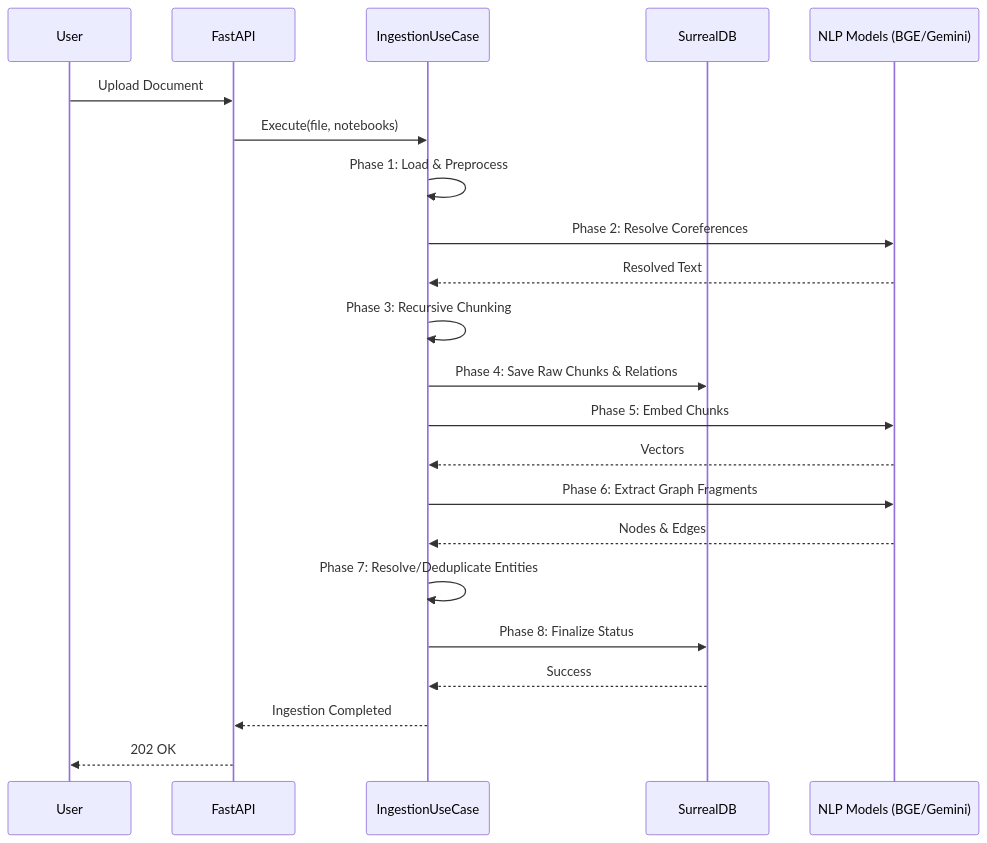
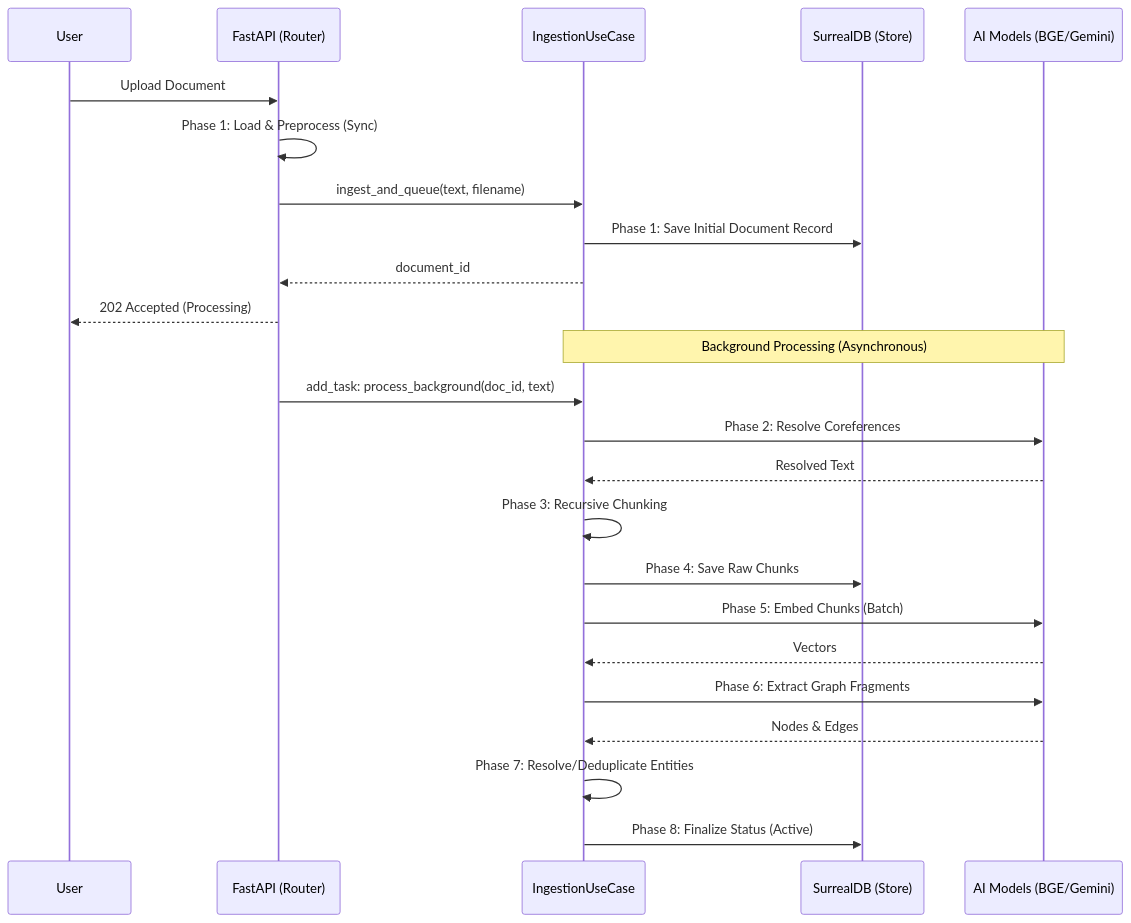
Before and after one commit to foersben/CodaCite: the first of 2 diagrams in docs/architecture.md, drawn with Mermaid. The commit also changed other lines of this file and 7 other files, not shown here.

First line of the commit message:
docs(architecture): sync ingestion sequence diagram with 8-phase implementation

````diff
--- a/docs/architecture.md
+++ b/docs/architecture.md
@@ -27,25 +27,28 @@
 ```mermaid
 sequenceDiagram
     participant U as User
-    participant API as FastAPI
+    participant API as FastAPI (Router)
     participant UC as IngestionUseCase
-    participant DB as SurrealDB
-    participant AI as NLP Models (BGE/Gemini)
+    participant DB as SurrealDB (Store)
+    participant AI as AI Models (BGE/Gemini)
 
     U->>API: Upload Document
-    API->>UC: Execute(file, notebooks)
-    UC->>UC: Phase 1: Load & Preprocess
+    API->>API: Phase 1: Load & Preprocess (Sync)
+    API->>UC: ingest_and_queue(text, filename)
+    UC->>DB: Phase 1: Save Initial Document Record
+    UC-->>API: document_id
+    API-->>U: 202 Accepted (Processing)
+
+    Note over UC,AI: Background Processing (Asynchronous)
+    API->>UC: add_task: process_background(doc_id, text)
     UC->>AI: Phase 2: Resolve Coreferences
     AI-->>UC: Resolved Text
     UC->>UC: Phase 3: Recursive Chunking
-    UC->>DB: Phase 4: Save Raw Chunks & Relations
-    UC->>AI: Phase 5: Embed Chunks
+    UC->>DB: Phase 4: Save Raw Chunks
+    UC->>AI: Phase 5: Embed Chunks (Batch)
     AI-->>UC: Vectors
     UC->>AI: Phase 6: Extract Graph Fragments
     AI-->>UC: Nodes & Edges
     UC->>UC: Phase 7: Resolve/Deduplicate Entities
-    UC->>DB: Phase 8: Finalize Status
-    DB-->>UC: Success
-    UC-->>API: Ingestion Completed
-    API-->>U: 202 OK
+    UC->>DB: Phase 8: Finalize Status (Active)
 ```
````
